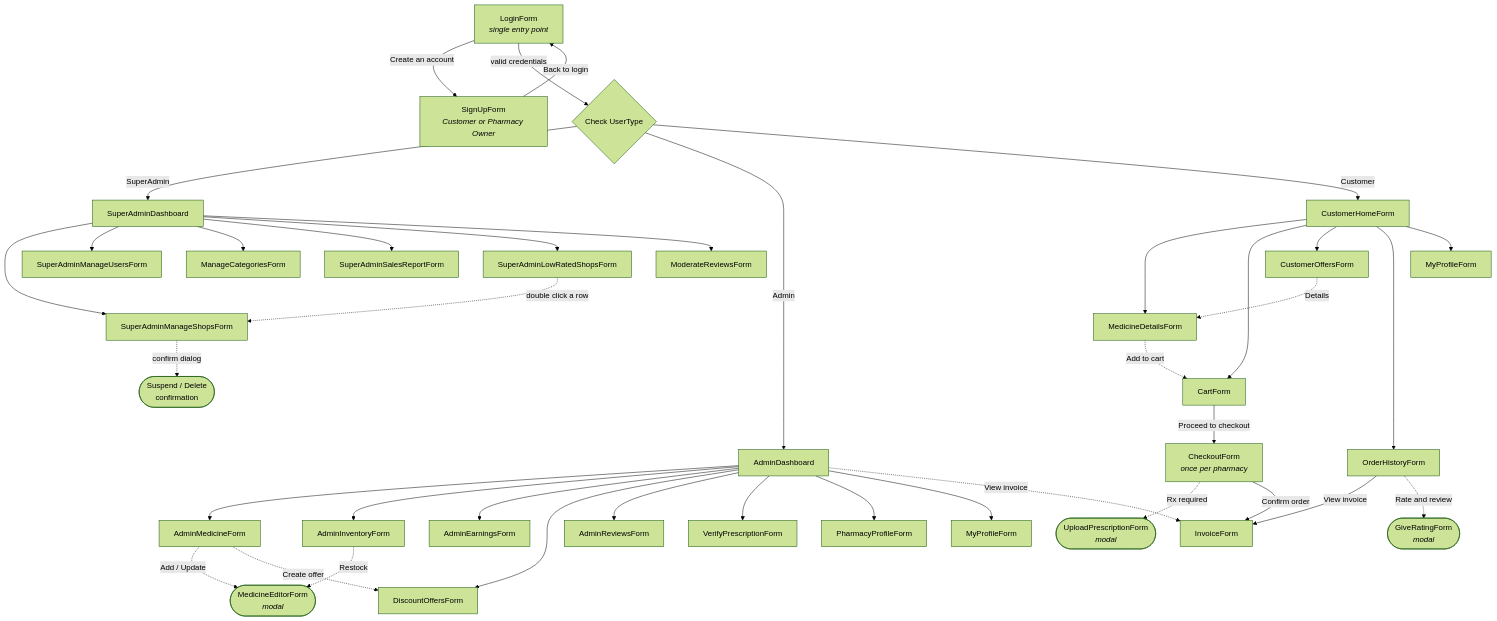
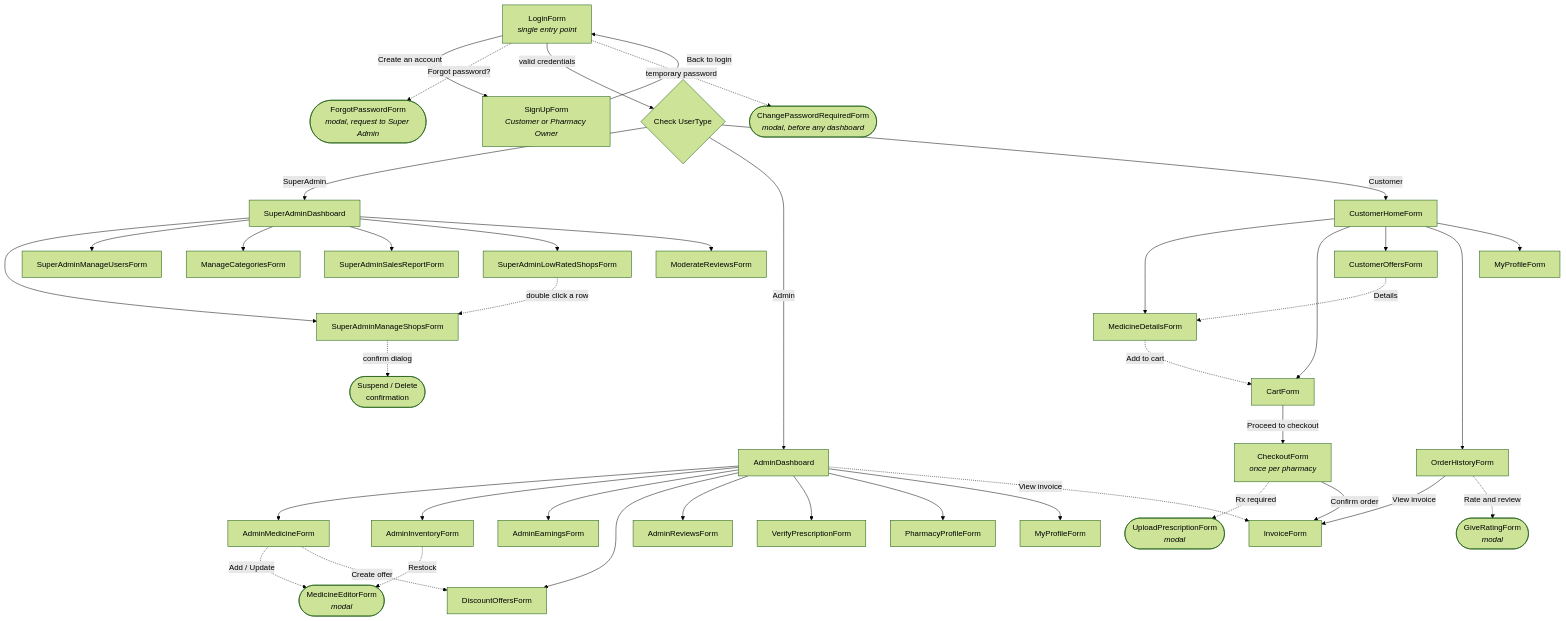
The second of 2 diagrams in README.md (Arafat01-coder/PharmaLink-Pharmacy-Marketplace), drawn with Mermaid (forest theme) before and after one commit. The commit also changed other lines of this file and 65 other files, not shown here.

First line of the commit message:
Add password reset flow, login lockout and pharmacy warnings

````diff
--- a/README.md
+++ b/README.md
@@ -1110,49 +1145,51 @@
 ```mermaid
 flowchart TD
     Login["LoginForm<br/><i>single entry point</i>"]
     SignUp["SignUpForm<br/><i>Customer or Pharmacy Owner</i>"]
     Check{"Check UserType"}
 
     Login -->|Create an account| SignUp
     SignUp -->|Back to login| Login
+    Login -.->|Forgot password?| FP(["ForgotPasswordForm<br/><i>modal, request to Super Admin</i>"])
     Login -->|valid credentials| Check
+    Login -.->|temporary password| CPW(["ChangePasswordRequiredForm<br/><i>modal, before any dashboard</i>"])
 
     Check -->|SuperAdmin| SA["SuperAdminDashboard"]
     Check -->|Admin| AD["AdminDashboard"]
     Check -->|Customer| CU["CustomerHomeForm"]
 
     SA --> SA1["SuperAdminManageShopsForm"]
     SA --> SA2["SuperAdminManageUsersForm"]
     SA --> SA3["ManageCategoriesForm"]
     SA --> SA4["SuperAdminSalesReportForm"]
     SA --> SA5["SuperAdminLowRatedShopsForm"]
     SA --> SA6["ModerateReviewsForm"]
     SA5 -.->|double click a row| SA1
     SA1 -.->|confirm dialog| SAC(["Suspend / Delete<br/>confirmation"])
 
     AD --> AD1["AdminMedicineForm"]
     AD1 -.->|Add / Update| AD2(["MedicineEditorForm<br/><i>modal</i>"])
     AD1 -.->|Create offer| AD5
     AD --> AD3["AdminInventoryForm"]
     AD3 -.->|Restock| AD2
     AD --> AD4["AdminEarningsForm"]
     AD --> AD5["DiscountOffersForm"]
     AD --> AD6["AdminReviewsForm"]
     AD --> AD7["VerifyPrescriptionForm"]
     AD --> AD8["PharmacyProfileForm"]
     AD --> AD9["MyProfileForm"]
     AD -.->|View invoice| INV["InvoiceForm"]
 
     CU --> CU1["MedicineDetailsForm"]
     CU --> CU2["CartForm"]
     CU --> CU3["CustomerOffersForm"]
     CU --> CU4["OrderHistoryForm"]
     CU --> CU5["MyProfileForm "]
     CU1 -.->|Add to cart| CU2
     CU3 -.->|Details| CU1
     CU2 -->|Proceed to checkout| CU6["CheckoutForm<br/><i>once per pharmacy</i>"]
     CU6 -.->|Rx required| CU7(["UploadPrescriptionForm<br/><i>modal</i>"])
     CU6 -->|Confirm order| INV
     CU4 -->|View invoice| INV
     CU4 -.->|Rate and review| CU8(["GiveRatingForm<br/><i>modal</i>"])
 ```
````
